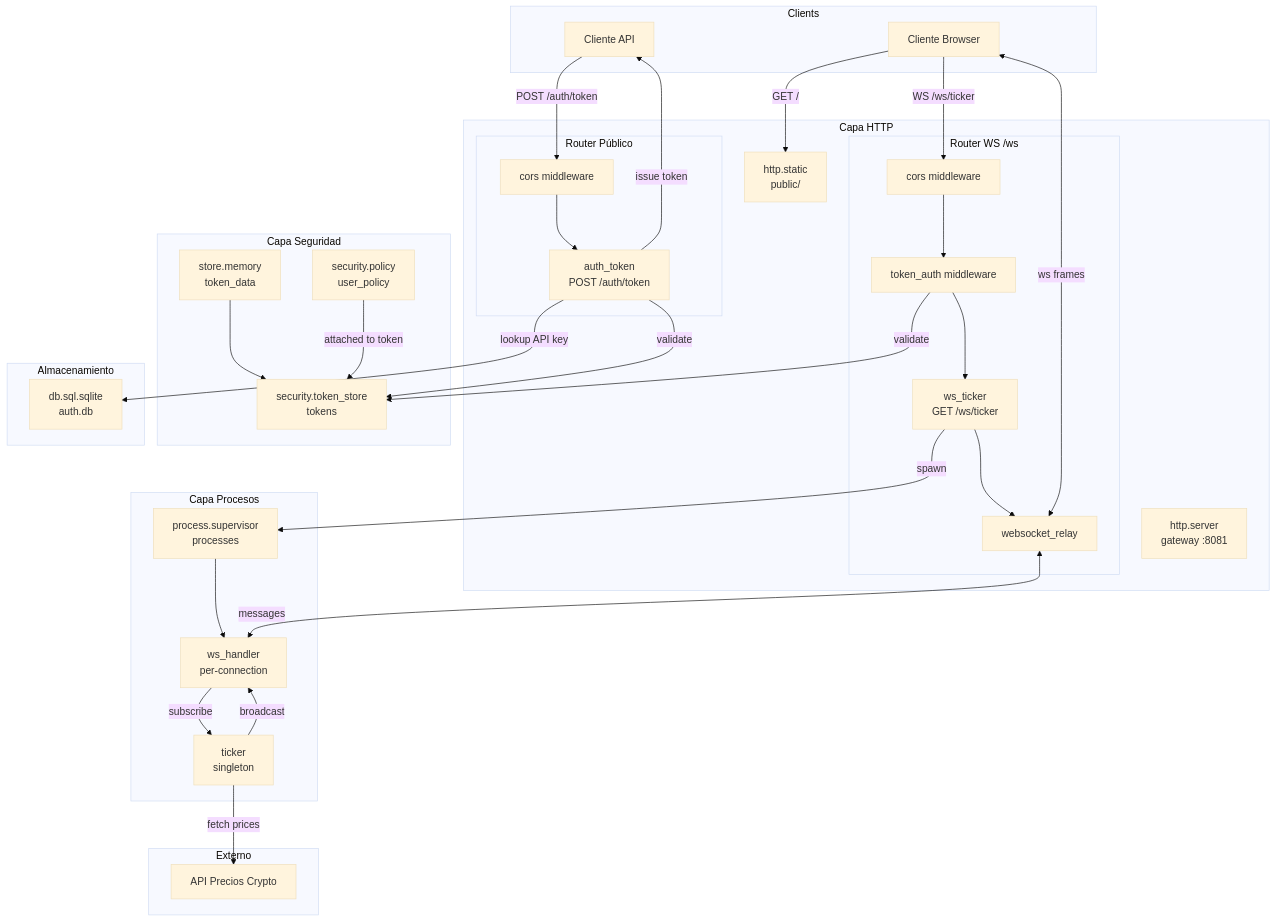
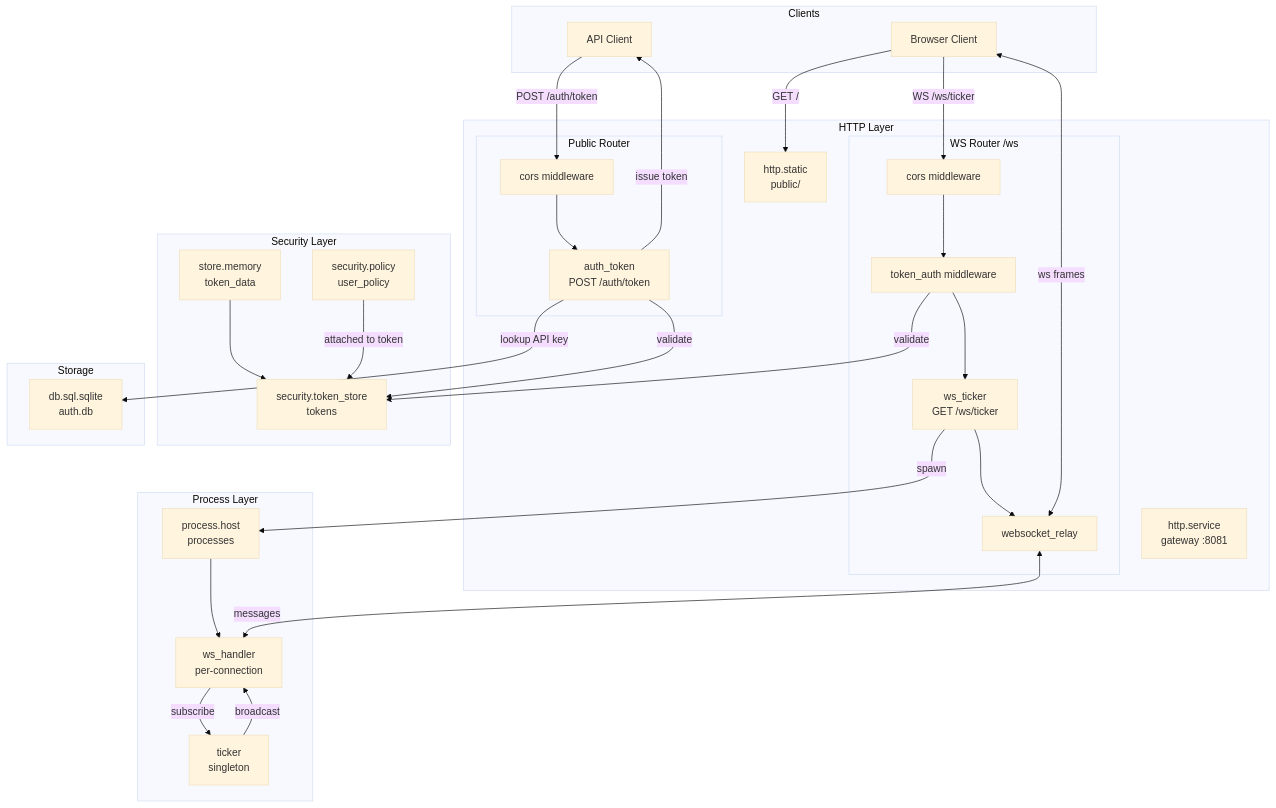
Before and after one commit to wippyai/docs: the diagram in es/tutorials/auth.md, drawn with Mermaid (base theme). The commit also changed other lines of this file and 6 other files, not shown here.

````diff
--- a/es/tutorials/auth.md
+++ b/es/tutorials/auth.md
@@ -36,78 +65,72 @@
 ```mermaid
 flowchart TB
     subgraph Clients
-        Browser[Cliente Browser]
-        API[Cliente API]
+        Browser[Browser Client]
+        API[API Client]
     end
 
-    subgraph "Capa HTTP"
-        Server[http.server<br/>gateway :8081]
+    subgraph "HTTP Layer"
+        Server[http.service<br/>gateway :8081]
         Static[http.static<br/>public/]
 
-        subgraph "Router Público"
+        subgraph "Public Router"
             CORS1[cors middleware]
             AuthEndpoint[auth_token<br/>POST /auth/token]
         end
 
-        subgraph "Router WS /ws"
+        subgraph "WS Router /ws"
             CORS2[cors middleware]
             TokenAuth[token_auth middleware]
             WSEndpoint[ws_ticker<br/>GET /ws/ticker]
             WSRelay[websocket_relay]
         end
     end
 
-    subgraph "Capa Seguridad"
+    subgraph "Security Layer"
         TokenStore[security.token_store<br/>tokens]
         Policy[security.policy<br/>user_policy]
         MemStore[store.memory<br/>token_data]
     end
 
-    subgraph "Almacenamiento"
+    subgraph "Storage"
         DB[db.sql.sqlite<br/>auth.db]
     end
 
-    subgraph "Capa Procesos"
-        Supervisor[process.supervisor<br/>processes]
+    subgraph "Process Layer"
+        Supervisor[process.host<br/>processes]
         WSHandler[ws_handler<br/>per-connection]
         Ticker[ticker<br/>singleton]
     end
 
-    subgraph "Externo"
-        CryptoAPI[API Precios Crypto]
-    end
-
-    %% Conexiones de cliente
+    %% Client connections
     Browser -->|"GET /"| Static
     API -->|"POST /auth/token"| CORS1
     Browser -->|"WS /ws/ticker"| CORS2
 
-    %% Flujo API
+    %% API flow
     CORS1 --> AuthEndpoint
     AuthEndpoint -->|validate| TokenStore
     AuthEndpoint -->|"issue token"| API
 
-    %% Flujo WS
+    %% WS flow
     CORS2 --> TokenAuth
     TokenAuth -->|validate| TokenStore
     TokenAuth --> WSEndpoint
     WSEndpoint -->|spawn| Supervisor
     Supervisor --> WSHandler
     WSEndpoint --> WSRelay
     WSRelay <-->|"messages"| WSHandler
 
-    %% Dependencias del almacén de tokens
+    %% Token store deps
     MemStore --> TokenStore
     Policy -->|attached to token| TokenStore
 
-    %% Auth usa DB para API keys
+    %% Auth uses DB for API keys
     AuthEndpoint -->|lookup API key| DB
 
-    %% Comunicación entre procesos
+    %% Process communication
     WSHandler -->|subscribe| Ticker
     Ticker -->|broadcast| WSHandler
     WSRelay <-->|"ws frames"| Browser
 
-    %% Externo
-    Ticker -->|fetch prices| CryptoAPI
 ```
````
